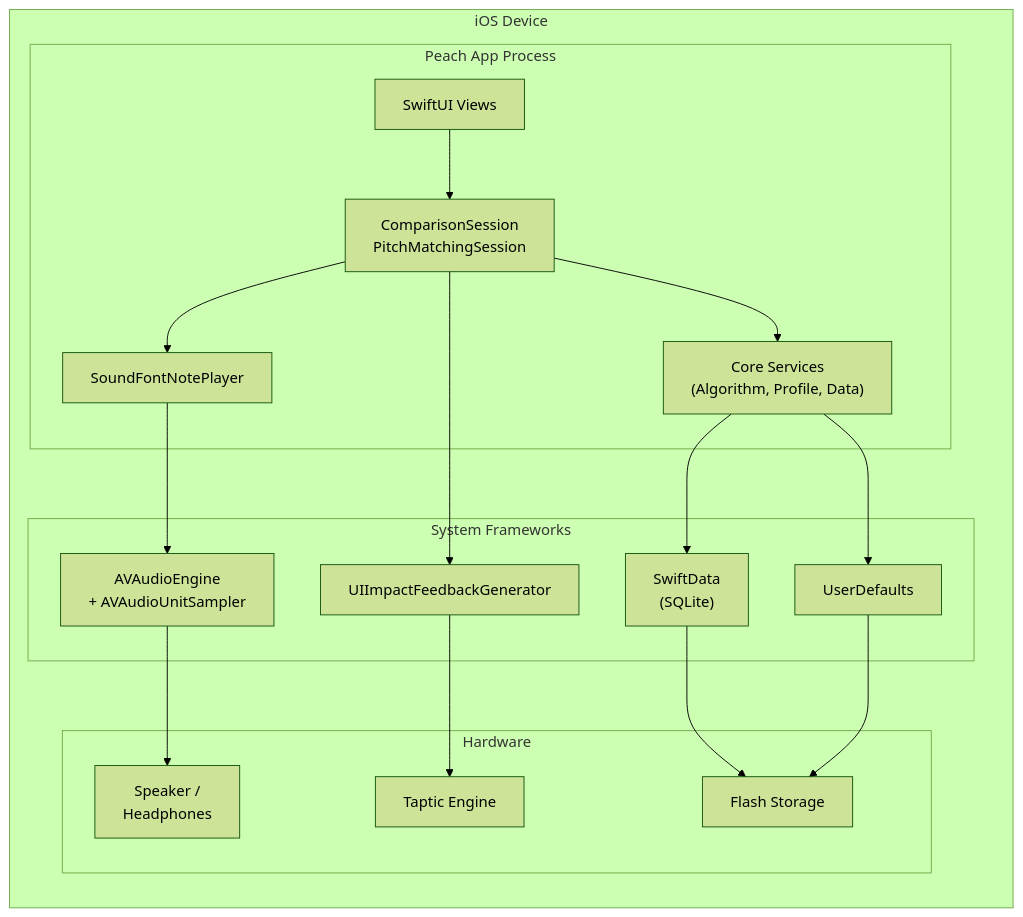
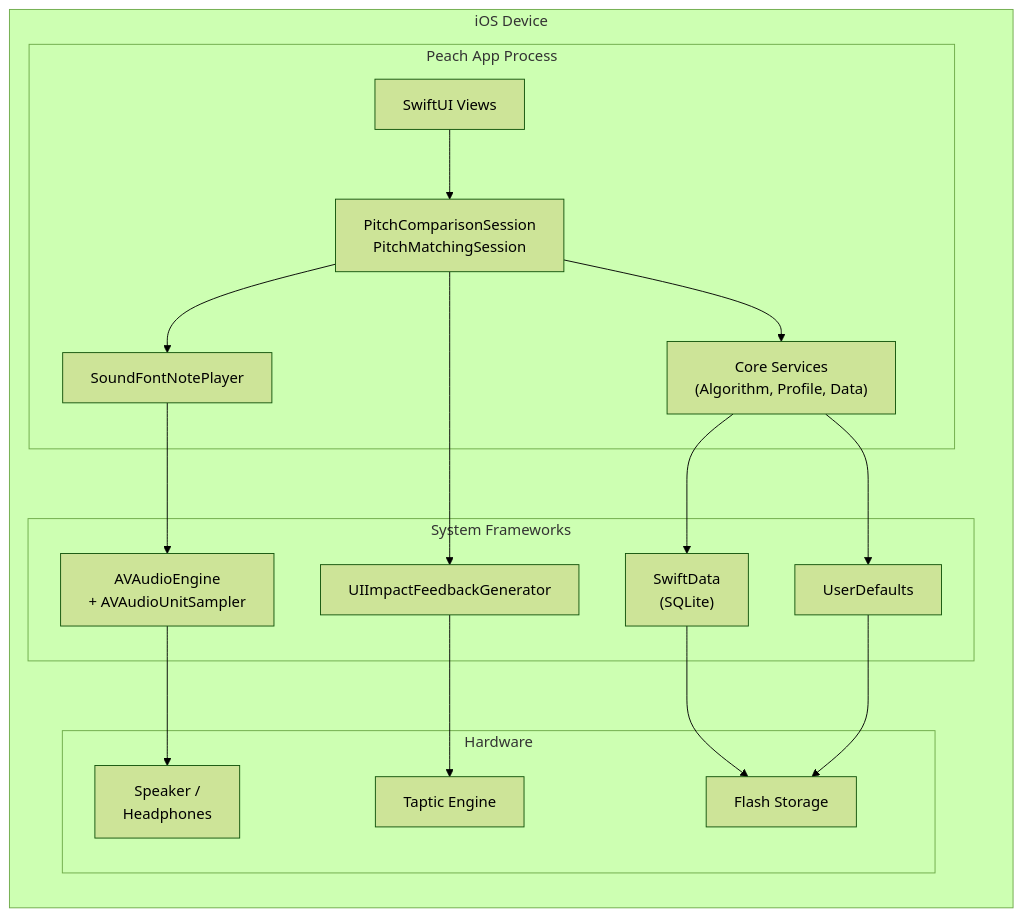
The second of 2 diagrams in docs/arc42/03-context-and-scope.md (mschuerig/peach), drawn with Mermaid (forest theme) before and after one commit. The commit also changed 120 other files, not shown here.

First line of the commit message:
Rename Comparison to PitchComparison across entire codebase

````diff
--- a/docs/arc42/03-context-and-scope.md
+++ b/docs/arc42/03-context-and-scope.md
@@ -33,36 +33,36 @@
 ```mermaid
 graph LR
     subgraph "iOS Device"
         subgraph "Peach App Process"
             UI["SwiftUI Views"]
-            Sessions["ComparisonSession<br>PitchMatchingSession"]
+            Sessions["PitchComparisonSession<br>PitchMatchingSession"]
             Core["Core Services<br>(Algorithm, Profile, Data)"]
             Audio["SoundFontNotePlayer"]
         end
 
         subgraph "System Frameworks"
             AVAudio["AVAudioEngine<br>+ AVAudioUnitSampler"]
             SwiftData["SwiftData<br>(SQLite)"]
             UserDef["UserDefaults"]
             UIKit["UIImpactFeedbackGenerator"]
         end
 
         subgraph "Hardware"
             Speaker["Speaker /<br>Headphones"]
             Haptic["Taptic Engine"]
             Flash["Flash Storage"]
         end
     end
 
     UI --> Sessions
     Sessions --> Core
     Sessions --> Audio
     Core --> SwiftData
     Core --> UserDef
     Audio --> AVAudio
     AVAudio --> Speaker
     Sessions --> UIKit
     UIKit --> Haptic
     SwiftData --> Flash
     UserDef --> Flash
 ```
````
